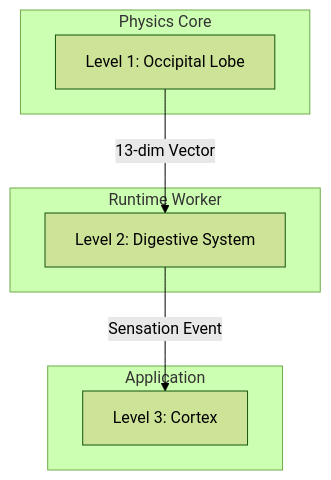
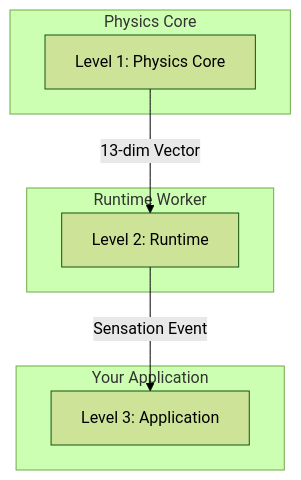
Before and after one commit to TheLazyEyedJedi/Shunollo: the diagram in THE_SHUNOLLO_CODEX.md, drawn with Mermaid (forest theme). The commit also changed other lines of this file and 2 other files, not shown here.

````diff
--- a/THE_SHUNOLLO_CODEX.md
+++ b/THE_SHUNOLLO_CODEX.md
@@ -9,17 +9,17 @@
 ```mermaid
 graph TD
-    A[Level 1: Occipital Lobe] -->|13-dim Vector| B[Level 2: Digestive System]
-    B -->|Sensation Event| C[Level 3: Cortex]
+    A[Level 1: Physics Core] -->|13-dim Vector| B[Level 2: Runtime]
+    B -->|Sensation Event| C[Level 3: Application]
     
     subgraph Physics Core
     A
     end
     
     subgraph Runtime Worker
     B
     end
     
-    subgraph Application
+    subgraph Your Application
     C
     end
 ```
````
